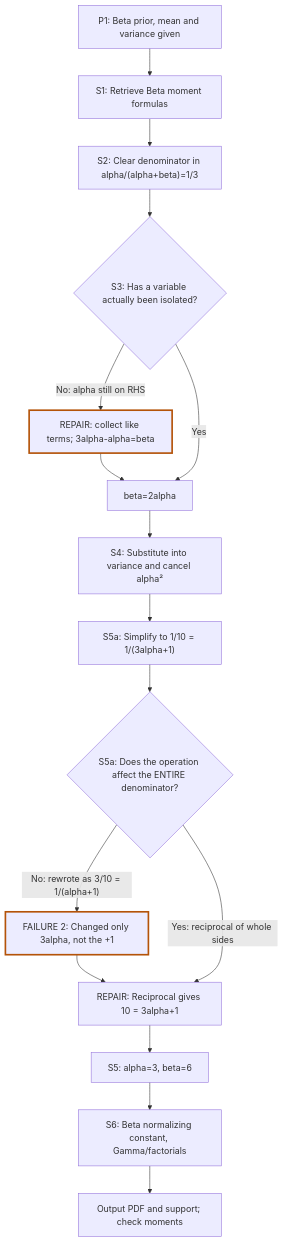
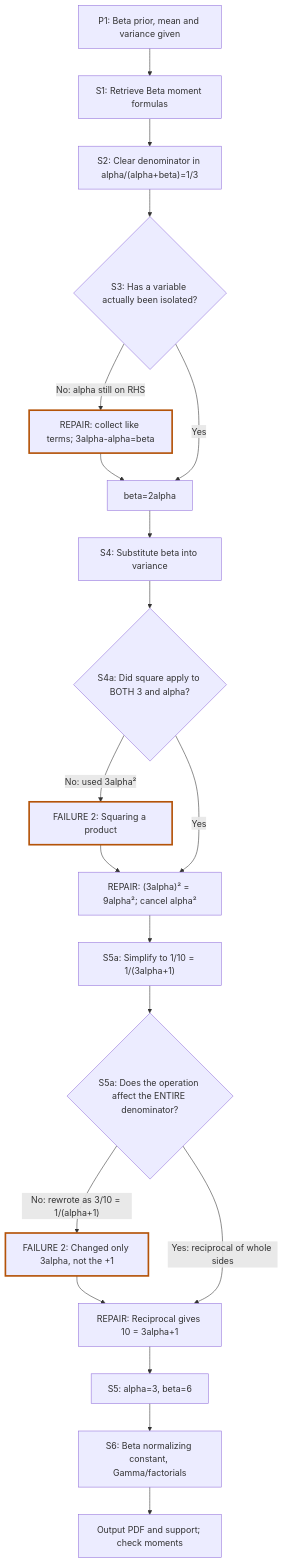
One commit to immcnotthere/School changed the first of 6 diagrams in notes/School/STAT 132/Discussions/Discussion 1 Stats132.md. Above: the diagram before and after it, drawn with Mermaid. The commit also changed other lines of this file, not shown here.

Commit message:
Document Discussion 1 P1 exponent-law failure (S4a), fix LaTeX delimiters and diagram

```diff
--- a/notes/School/STAT 132/Discussions/Discussion 1 Stats132.md
+++ b/notes/School/STAT 132/Discussions/Discussion 1 Stats132.md
@@ -148,20 +156,25 @@
 ~~~mermaid
 flowchart TD
   A["P1: Beta prior, mean and variance given"] --> B["S1: Retrieve Beta moment formulas"]
   B --> C["S2: Clear denominator in alpha/(alpha+beta)=1/3"]
   C --> D{"S3: Has a variable actually been isolated?"}
   D -->|"No: alpha still on RHS"| E["REPAIR: collect like terms; 3alpha-alpha=beta"]
   E --> F["beta=2alpha"]
   D -->|"Yes"| F
-  F --> G["S4: Substitute into variance and cancel alpha²"]
-  G --> H0["S5a: Simplify to 1/10 = 1/(3alpha+1)"]
+  F --> G["S4: Substitute beta into variance"]
+  G --> G0{"S4a: Did square apply to BOTH 3 and alpha?"}
+  G0 -->|"No: used 3alpha²"| G1["FAILURE 2: Squaring a product"]
+  G1 --> G2["REPAIR: (3alpha)² = 9alpha²; cancel alpha²"]
+  G0 -->|"Yes"| G2
+  G2 --> H0["S5a: Simplify to 1/10 = 1/(3alpha+1)"]
   H0 --> H1{"S5a: Does the operation affect the ENTIRE denominator?"}
   H1 -->|"No: rewrote as 3/10 = 1/(alpha+1)"| H2["FAILURE 2: Changed only 3alpha, not the +1"]
   H2 --> H3["REPAIR: Reciprocal gives 10 = 3alpha+1"]
   H1 -->|"Yes: reciprocal of whole sides"| H3
   H3 --> H["S5: alpha=3, beta=6"]
   H --> I["S6: Beta normalizing constant, Gamma/factorials"]
   I --> J["Output PDF and support; check moments"]
   style E stroke:#b45309,stroke-width:3px
+  style G1 stroke:#b45309,stroke-width:3px
   style H2 stroke:#b45309,stroke-width:3px
 ~~~
```
